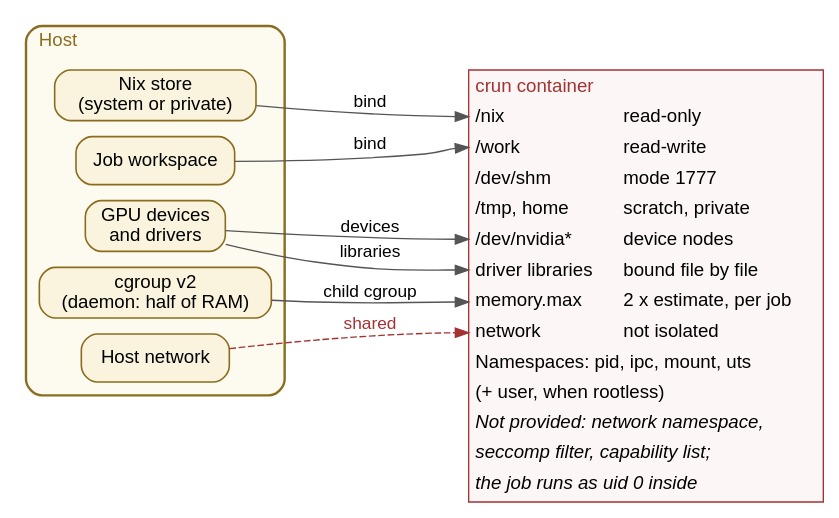
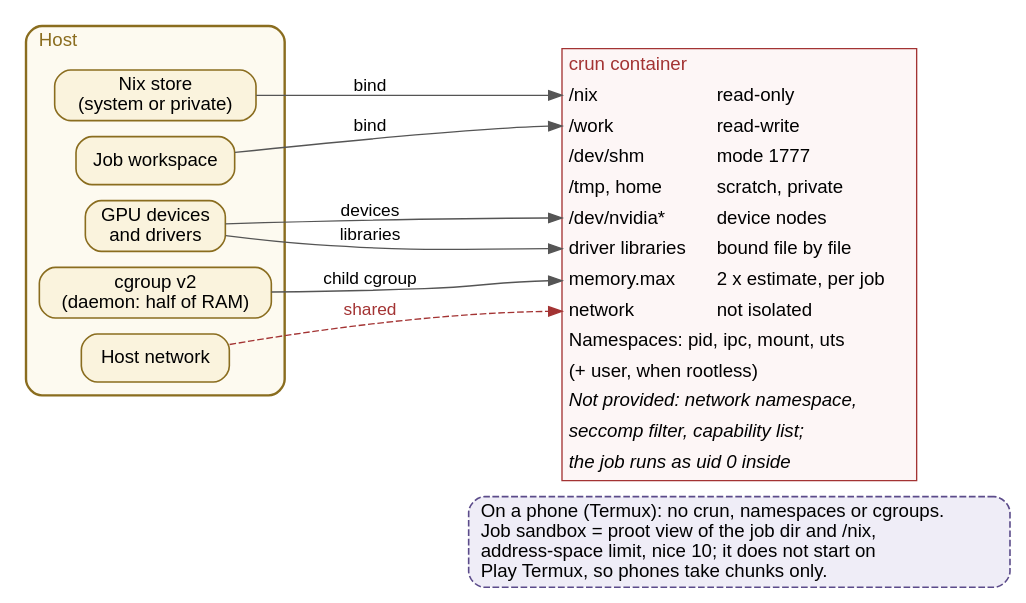
One commit to vinayakyadav2709/Pipedpeer changed the diagram in docs/diagrams/src/fig_4.7_sandbox.dot. Above: the diagram before and after it, drawn with Graphviz. The commit also changed 13 other files, not shown here.

```diff
--- a/docs/diagrams/src/fig_4.7_sandbox.dot
+++ b/docs/diagrams/src/fig_4.7_sandbox.dot
@@ -1,44 +1,51 @@
 // Figure 4.7 - crun sandbox: what the job can and cannot see.
 // The container's mounts are one table so the text prints at 8 pt or more.
 digraph Sandbox {
   rankdir=LR; bgcolor="white"; nodesep=0.16; ranksep=0.9;
   node [fontname="Helvetica", fontsize=14, shape=box, style="rounded,filled",
         fillcolor="#faf3dd", color="#8a6d1f", penwidth=1.2, margin="0.12,0.06"];
   edge [fontname="Helvetica", fontsize=13, color="#555555"];
 
   subgraph cluster_host {
     label="Host"; labeljust=l; fontsize=14; fontname="Helvetica";
     style="rounded"; color="#8a6d1f"; penwidth=1.8; bgcolor="#fdfaf0"; fontcolor="#8a6d1f";
     margin="10,8";
     nix  [label="Nix store\n(system or private)"];
     work [label="Job workspace"];
     gpu  [label="GPU devices\nand drivers"];
     cg   [label="cgroup v2\n(daemon: half of RAM)"];
     net  [label="Host network"];
   }
 
   ct [shape=plain, style="", label=<
     <table border="1" cellborder="0" cellspacing="0" cellpadding="4" color="#a33333" bgcolor="#fdf6f6">
       <tr><td colspan="2" align="left"><font color="#a33333">crun container</font></td></tr>
       <tr><td port="nix" align="left">/nix</td><td align="left">read-only</td></tr>
       <tr><td port="work" align="left">/work</td><td align="left">read-write</td></tr>
       <tr><td align="left">/dev/shm</td><td align="left">mode 1777</td></tr>
       <tr><td align="left">/tmp, home</td><td align="left">scratch, private</td></tr>
       <tr><td port="dev" align="left">/dev/nvidia*</td><td align="left">device nodes</td></tr>
       <tr><td port="lib" align="left">driver libraries</td><td align="left">bound file by file</td></tr>
       <tr><td port="mem" align="left">memory.max</td><td align="left">2 x estimate, per job</td></tr>
       <tr><td port="net" align="left">network</td><td align="left">not isolated</td></tr>
       <tr><td colspan="2" align="left">Namespaces: pid, ipc, mount, uts</td></tr>
       <tr><td colspan="2" align="left">(+ user, when rootless)</td></tr>
       <tr><td colspan="2" align="left"><i>Not provided: network namespace,</i></td></tr>
       <tr><td colspan="2" align="left"><i>seccomp filter, capability list;</i></td></tr>
       <tr><td colspan="2" align="left"><i>the job runs as uid 0 inside</i></td></tr>
     </table>>];
 
   nix  -> ct:nix  [label="bind"];
   work -> ct:work [label="bind"];
   gpu  -> ct:dev  [label="devices"];
   gpu  -> ct:lib  [label="libraries"];
   cg   -> ct:mem  [label="child cgroup"];
   net  -> ct:net  [label="shared", style=dashed, color="#a33333", fontcolor="#a33333"];
+
+  // Android gives apps no namespaces or cgroups, so a phone has no crun. Its
+  // job sandbox is a nested proot, which Play-Store Termux cannot start, so
+  // phones take chunks only (docs/phone.md).
+  phone [shape=box, style="rounded,filled,dashed", fillcolor="#efedf7", color="#5b4b8a",
+         label="On a phone (Termux): no crun, namespaces or cgroups.\lJob sandbox = proot view of the job dir and /nix,\laddress-space limit, nice 10; it does not start on\lPlay Termux, so phones take chunks only.\l"];
+  cg -> phone [style=invis];
 }
```
